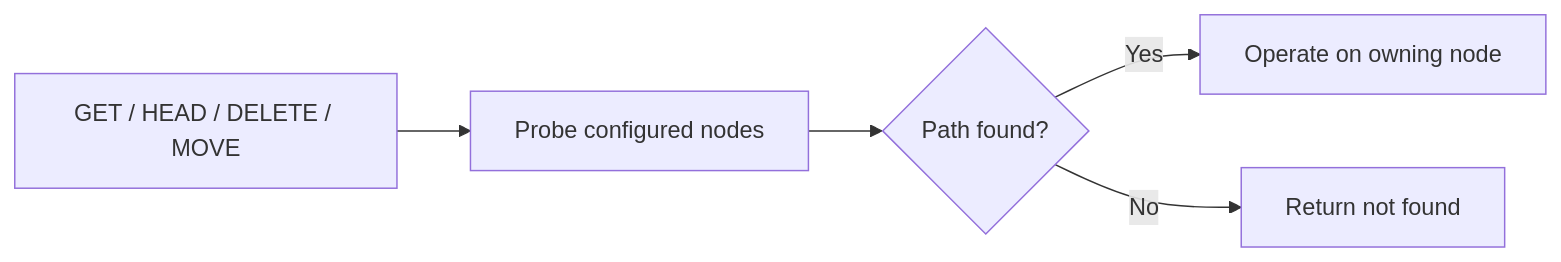
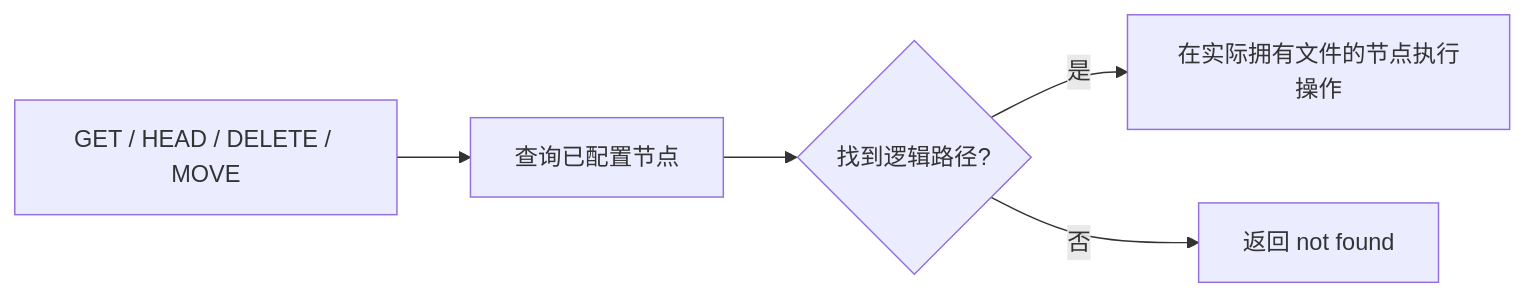
One commit to bowardzhang/immich changed the fourth of 6 diagrams in RAILWAY_REMOTE_STORAGE.md. Above: the diagram before and after it, drawn with Mermaid. The commit also changed other lines of this file, not shown here.

````diff
--- a/RAILWAY_REMOTE_STORAGE.md
+++ b/RAILWAY_REMOTE_STORAGE.md
@@ -109,7 +102,7 @@
 ```mermaid
 flowchart LR
-    A[GET / HEAD / DELETE / MOVE] --> B[Probe configured nodes]
-    B --> C{Path found?}
-    C -- Yes --> D[Operate on owning node]
-    C -- No --> E[Return not found]
+    A[GET / HEAD / DELETE / MOVE] --> B[查询已配置节点]
+    B --> C{找到逻辑路径?}
+    C -- 是 --> D[在实际拥有文件的节点执行操作]
+    C -- 否 --> E[返回 not found]
 ```
````
